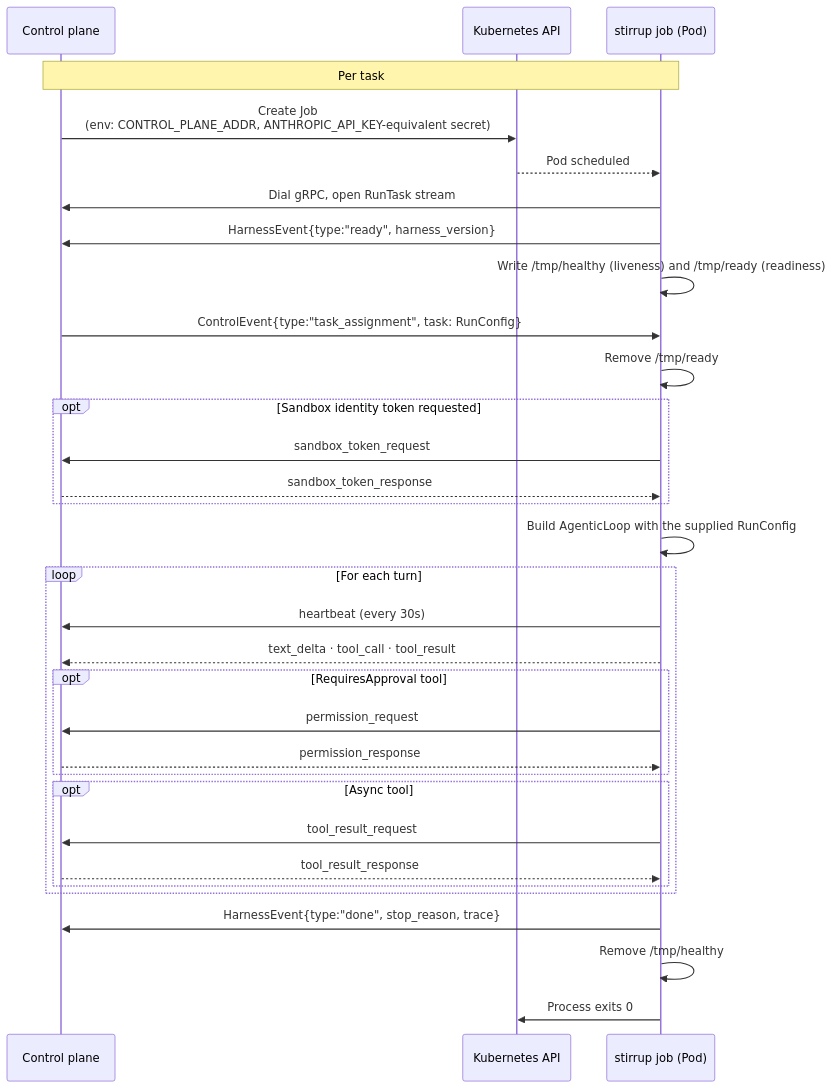
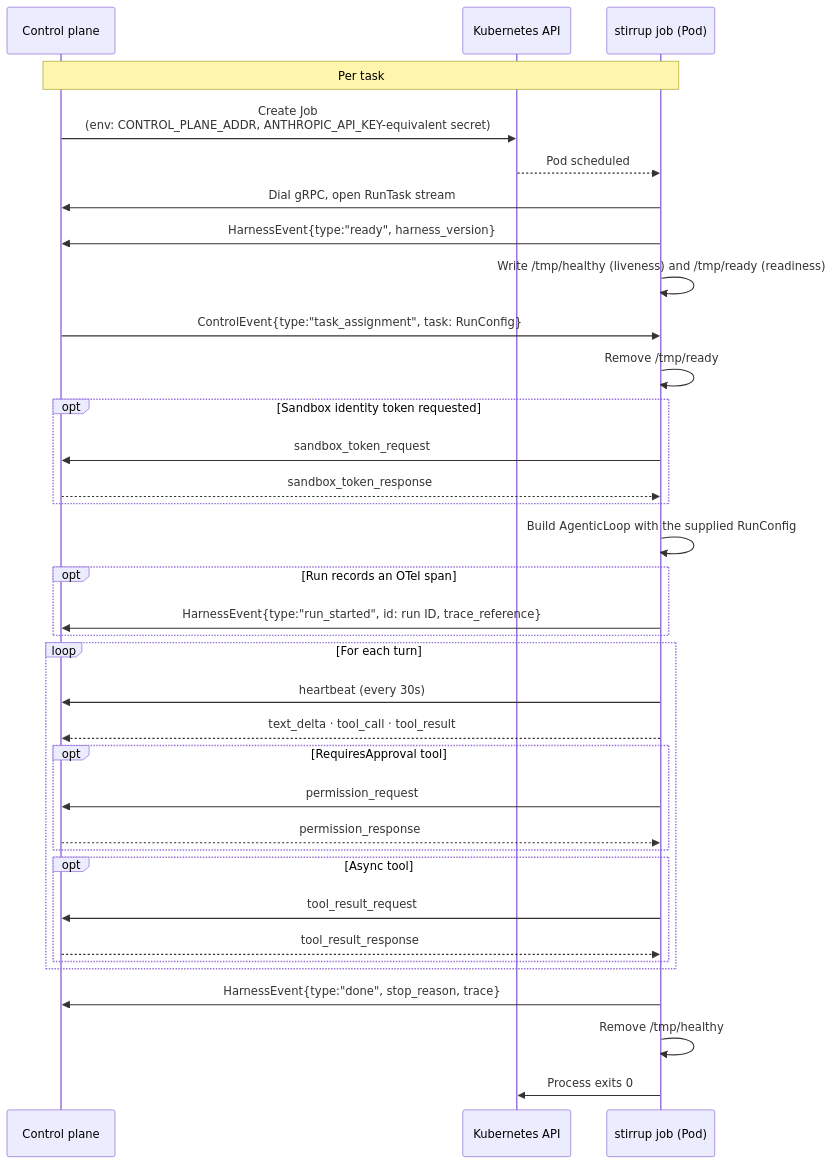
The diagram in docs/deployment.md (rxbynerd/stirrup), drawn with Mermaid before and after one commit. The commit also changed other lines of this file and 3 other files, not shown here.

First line of the commit message:
docs: describe run_started and the trace reference

````diff
--- a/docs/deployment.md
+++ b/docs/deployment.md
@@ -11,34 +11,37 @@
 ```mermaid
 sequenceDiagram
     participant CP as Control plane
     participant K as Kubernetes API
     participant H as stirrup job (Pod)
     Note over CP,H: Per task
     CP->>K: Create Job<br/>(env: CONTROL_PLANE_ADDR, ANTHROPIC_API_KEY-equivalent secret)
     K-->>H: Pod scheduled
     H->>CP: Dial gRPC, open RunTask stream
     H->>CP: HarnessEvent{type:"ready", harness_version}
     H->>H: Write /tmp/healthy (liveness) and /tmp/ready (readiness)
     CP->>H: ControlEvent{type:"task_assignment", task: RunConfig}
     H->>H: Remove /tmp/ready
     opt Sandbox identity token requested
         H->>CP: sandbox_token_request
         CP-->>H: sandbox_token_response
     end
     H->>H: Build AgenticLoop with the supplied RunConfig
+    opt Run records an OTel span
+        H->>CP: HarnessEvent{type:"run_started", id: run ID, trace_reference}
+    end
     loop For each turn
         H->>CP: heartbeat (every 30s)
         H-->>CP: text_delta · tool_call · tool_result
         opt RequiresApproval tool
             H->>CP: permission_request
             CP-->>H: permission_response
         end
         opt Async tool
             H->>CP: tool_result_request
             CP-->>H: tool_result_response
         end
     end
     H->>CP: HarnessEvent{type:"done", stop_reason, trace}
     H->>H: Remove /tmp/healthy
     H->>K: Process exits 0
 ```
````
